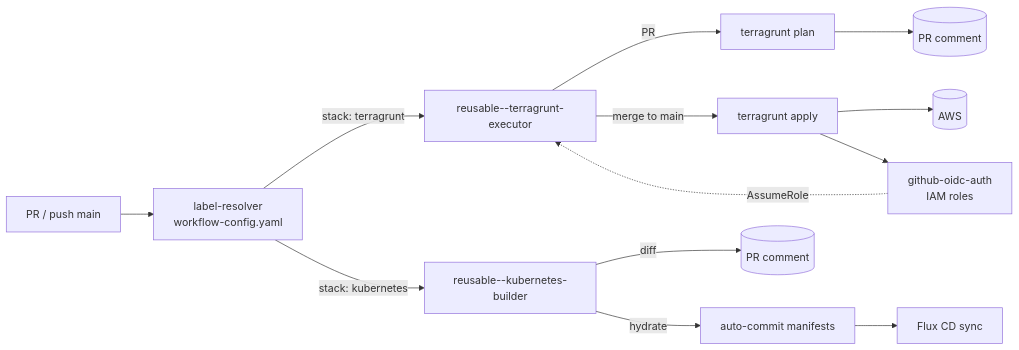
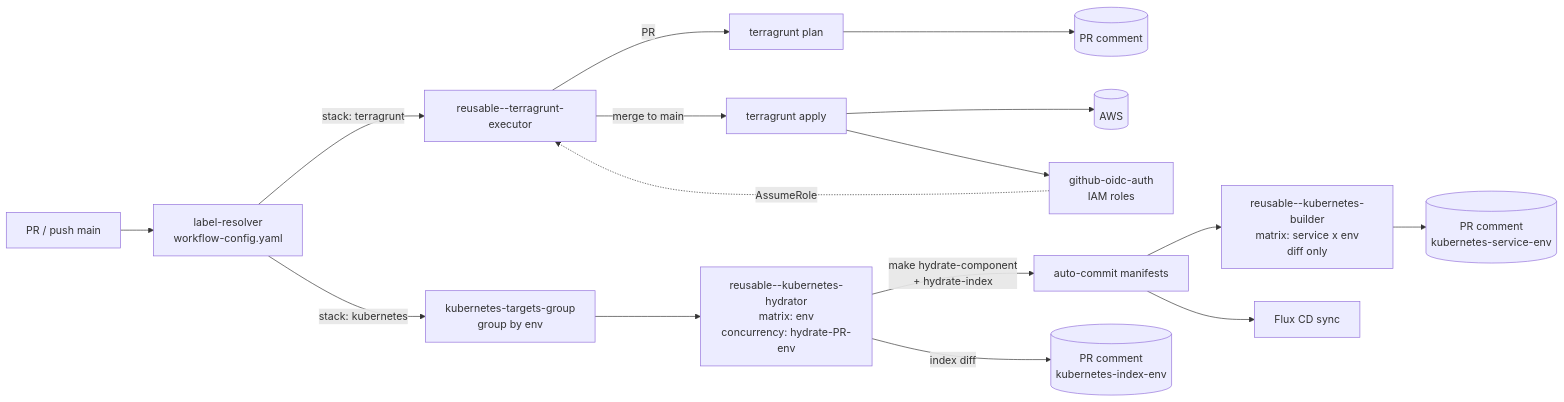
Before and after one commit to panicboat/platform: the diagram in README-ja.md, drawn with Mermaid. The commit also changed 1 other file, not shown here.

Commit message:
docs(readme): update pipeline flow for hydrate/diff separation
Reflect the new orchestration: kubernetes-targets-group groups
matrix targets by env, reusable--kubernetes-hydrator runs hydrate
+ commit serialized by concurrency, then reusable--kubernetes-builder
runs per-component diff.

Refs: #190

````diff
--- a/README-ja.md
+++ b/README-ja.md
@@ -55,15 +55,18 @@
 ```mermaid
 flowchart LR
   Trigger[PR / push main] --> Resolver[label-resolver<br/>workflow-config.yaml]
   Resolver -->|stack: terragrunt| TG[reusable--terragrunt-executor]
   TG -->|PR| Plan[terragrunt plan]
   TG -->|merge to main| Apply[terragrunt apply]
   Plan --> PRComment[(PR comment)]
   Apply --> AWS[(AWS)]
   Apply --> OIDC[github-oidc-auth<br/>IAM roles]
   OIDC -.->|AssumeRole| TG
-  Resolver -->|stack: kubernetes| K8s[reusable--kubernetes-builder]
-  K8s -->|hydrate| Commit[auto-commit manifests]
-  K8s -->|diff| K8sComment[(PR comment)]
+  Resolver -->|stack: kubernetes| Group[kubernetes-targets-group<br/>group by env]
+  Group --> Hydrator[reusable--kubernetes-hydrator<br/>matrix: env<br/>concurrency: hydrate-PR-env]
+  Hydrator -->|make hydrate-component<br/>+ hydrate-index| Commit[auto-commit manifests]
+  Hydrator -->|index diff| IndexComment[(PR comment<br/>kubernetes-index-env)]
+  Commit --> Builder[reusable--kubernetes-builder<br/>matrix: service x env<br/>diff only]
+  Builder --> CompComment[(PR comment<br/>kubernetes-service-env)]
   Commit --> FluxCD[Flux CD sync]
 ```
````
